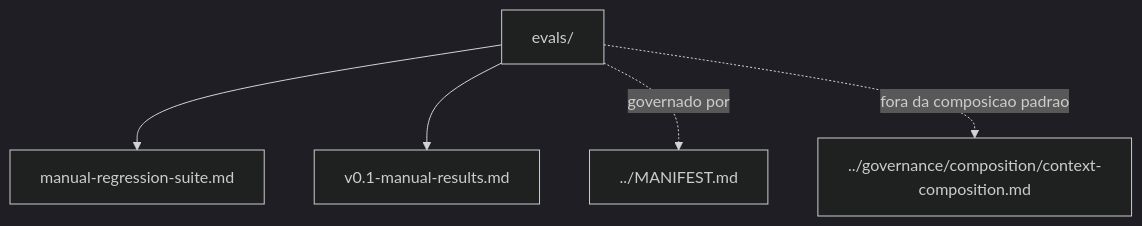
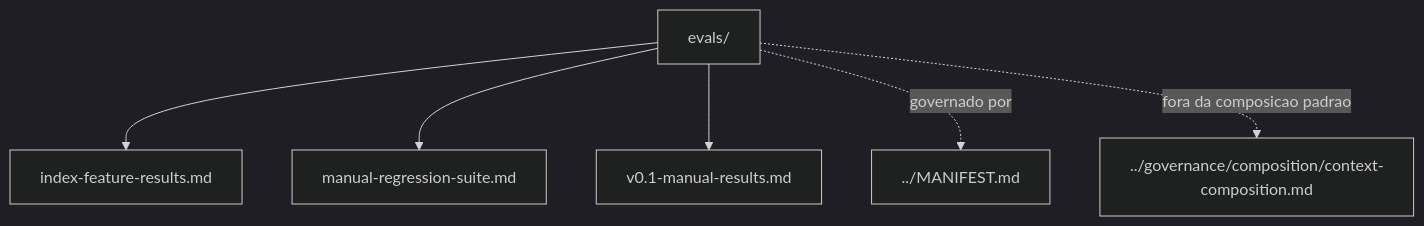
Before and after one commit to moreira-and/agent-ops: the diagram in evals/README.md, drawn with Mermaid (dark theme). The commit also changed other lines of this file and 34 other files, not shown here.

````diff
--- a/evals/README.md
+++ b/evals/README.md
@@ -100,8 +100,9 @@
 ```mermaid
 flowchart TD
     current["evals/"]
-    current --> n1["manual-regression-suite.md"]
-    current --> n2["v0.1-manual-results.md"]
-    current -. "governado por" .-> n3["../MANIFEST.md"]
-    current -. "fora da composicao padrao" .-> n4["../governance/composition/context-composition.md"]
+    current --> n1["index-feature-results.md"]
+    current --> n2["manual-regression-suite.md"]
+    current --> n3["v0.1-manual-results.md"]
+    current -. "governado por" .-> n4["../MANIFEST.md"]
+    current -. "fora da composicao padrao" .-> n5["../governance/composition/context-composition.md"]
 ```
````
